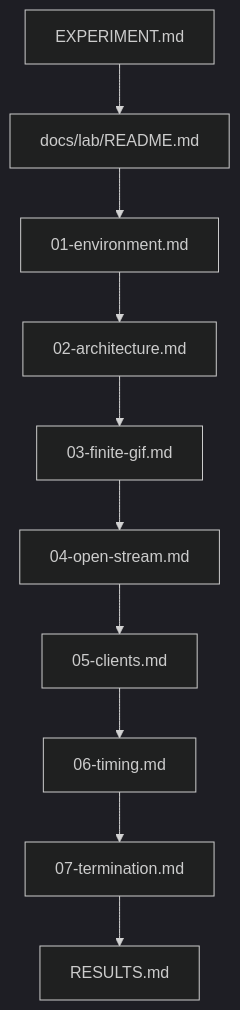
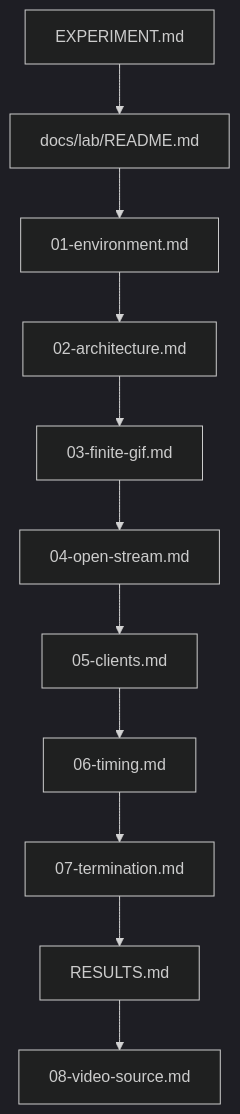
The diagram in docs/lab/README.md (Tamicktom/streaming-gif-experiment), drawn with Mermaid (dark theme) before and after one commit. The commit also changed other lines of this file and 12 other files, not shown here.

````diff
--- a/docs/lab/README.md
+++ b/docs/lab/README.md
@@ -24,23 +25,25 @@
 ```mermaid
 flowchart TD
   experiment[EXPERIMENT.md]
   index[docs/lab/README.md]
   env[01-environment.md]
   arch[02-architecture.md]
   finite[03-finite-gif.md]
   stream[04-open-stream.md]
   clients[05-clients.md]
   timing[06-timing.md]
   term[07-termination.md]
   results[RESULTS.md]
+  video[08-video-source.md]
 
   experiment --> index
   index --> env
   env --> arch
   arch --> finite
   finite --> stream
   stream --> clients
   clients --> timing
   timing --> term
   term --> results
+  results --> video
 ```
````
